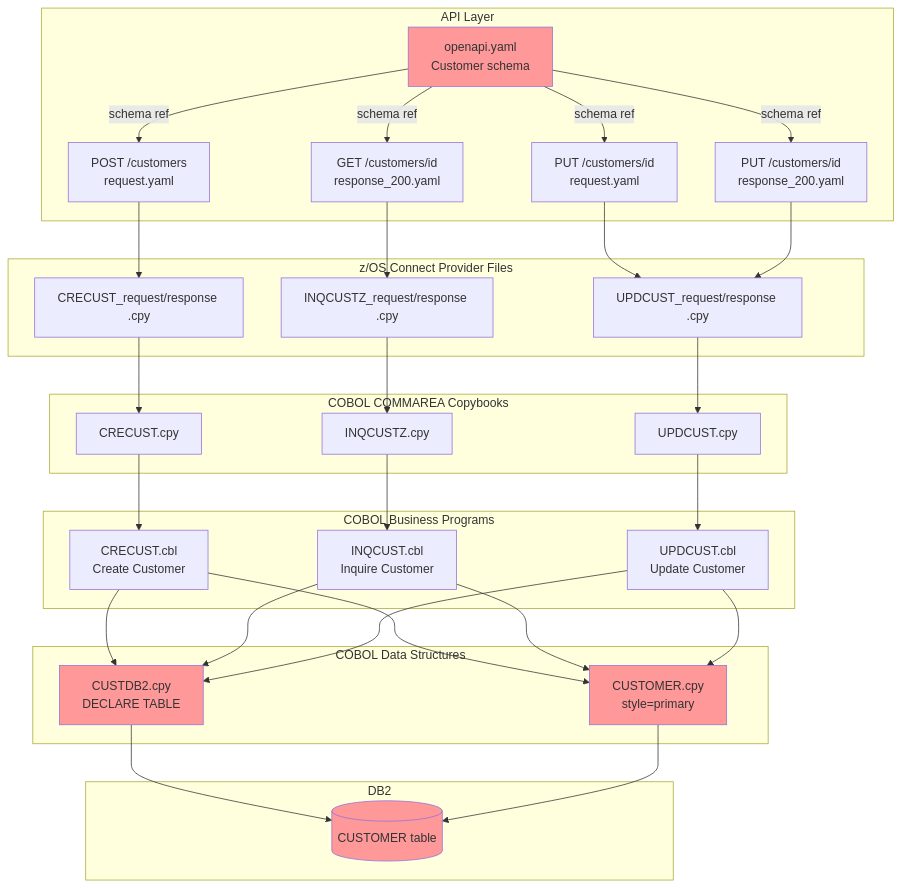
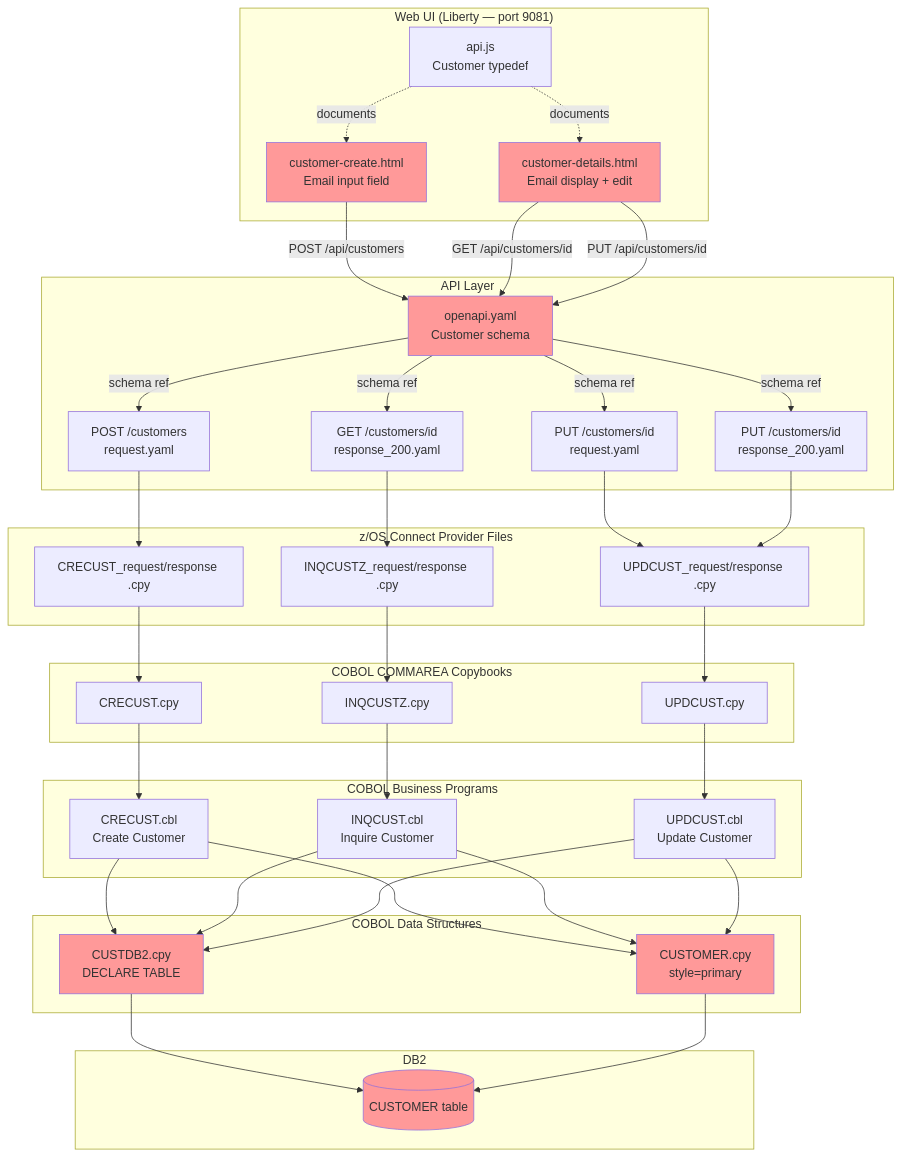
Before and after one commit to biaohao/Bank-of-Z: the first of 4 diagrams in bobz/impact-analysis/customer-email-field-20260727T225450/IMPACT-ANALYSIS.md, drawn with Mermaid. The commit also changed other lines of this file and 1 other file, not shown here.

First line of the commit message:
docs: add Web UI changes to impact analysis and implementation plan

````diff
--- a/bobz/impact-analysis/customer-email-field-20260727T225450/IMPACT-ANALYSIS.md
+++ b/bobz/impact-analysis/customer-email-field-20260727T225450/IMPACT-ANALYSIS.md
@@ -89,65 +95,78 @@
 ```mermaid
 graph TD
+    subgraph "Web UI (Liberty — port 9081)"
+        UICREATE[customer-create.html\nEmail input field]
+        UIDETAILS[customer-details.html\nEmail display + edit]
+        APIJS[api.js\nCustomer typedef]
+    end
+
     subgraph "API Layer"
         OAS[openapi.yaml\nCustomer schema]
         POST[POST /customers\nrequest.yaml]
         PUTREQ[PUT /customers/id\nrequest.yaml]
         GETRESP[GET /customers/id\nresponse_200.yaml]
         PUTRESP[PUT /customers/id\nresponse_200.yaml]
     end
 
     subgraph "z/OS Connect Provider Files"
         CRECPY[CRECUST_request/response .cpy]
         INQCPY[INQCUSTZ_request/response .cpy]
         UPDCPY[UPDCUST_request/response .cpy]
     end
 
     subgraph "COBOL COMMAREA Copybooks"
         CRECUST_CPY[CRECUST.cpy]
         INQCUSTZ_CPY[INQCUSTZ.cpy]
         UPDCUST_CPY[UPDCUST.cpy]
     end
 
     subgraph "COBOL Business Programs"
         CRECUST[CRECUST.cbl\nCreate Customer]
         INQCUST[INQCUST.cbl\nInquire Customer]
         UPDCUST[UPDCUST.cbl\nUpdate Customer]
     end
 
     subgraph "COBOL Data Structures"
         CUSTOMER_CPY[CUSTOMER.cpy\nstyle=primary]
         CUSTDB2_CPY[CUSTDB2.cpy\nDECLARE TABLE]
     end
 
     subgraph "DB2"
         DB[(CUSTOMER table)]
     end
 
+    UICREATE -->|POST /api/customers| OAS
+    UIDETAILS -->|GET /api/customers/id| OAS
+    UIDETAILS -->|PUT /api/customers/id| OAS
+    APIJS -.->|documents| UICREATE
+    APIJS -.->|documents| UIDETAILS
     OAS -->|schema ref| POST
     OAS -->|schema ref| PUTREQ
     OAS -->|schema ref| GETRESP
     OAS -->|schema ref| PUTRESP
     POST --> CRECPY
     PUTREQ --> UPDCPY
     GETRESP --> INQCPY
     PUTRESP --> UPDCPY
     CRECPY --> CRECUST_CPY
     INQCPY --> INQCUSTZ_CPY
     UPDCPY --> UPDCUST_CPY
     CRECUST_CPY --> CRECUST
     INQCUSTZ_CPY --> INQCUST
     UPDCUST_CPY --> UPDCUST
     CRECUST --> CUSTOMER_CPY
     INQCUST --> CUSTOMER_CPY
     UPDCUST --> CUSTOMER_CPY
     CRECUST --> CUSTDB2_CPY
     INQCUST --> CUSTDB2_CPY
     UPDCUST --> CUSTDB2_CPY
     CUSTDB2_CPY --> DB
     CUSTOMER_CPY --> DB
 
+    style UICREATE fill:#ff9999
+    style UIDETAILS fill:#ff9999
     style CUSTOMER_CPY fill:#ff9999
     style CUSTDB2_CPY fill:#ff9999
     style DB fill:#ff9999
     style OAS fill:#ff9999
 ```
````
